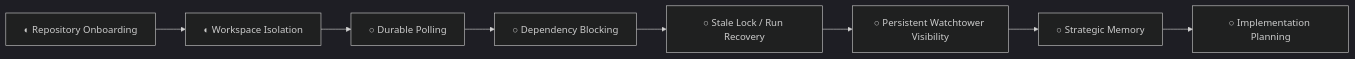
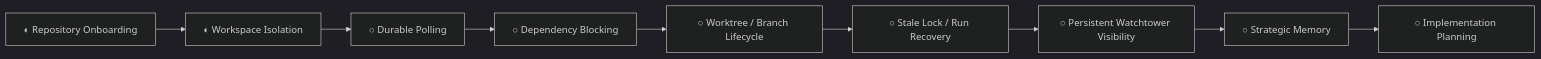
One commit to RedEagleSoftware/the-circus changed the third of 4 diagrams in docs/capability-tree.md. Above: the diagram before and after it, drawn with Mermaid (dark theme). The commit also changed other lines of this file and 6 other files, not shown here.

Commit message:
Document worktree lifecycle roadmap

````diff
--- a/docs/capability-tree.md
+++ b/docs/capability-tree.md
@@ -44,19 +45,21 @@
 ```mermaid
 flowchart LR
     onboarding["◐ Repository Onboarding"]
     workspace["◐ Workspace Isolation"]
     polling["○ Durable Polling"]
     dependency["○ Dependency Blocking"]
+    lifecycle["○ Worktree / Branch Lifecycle"]
     recovery["○ Stale Lock / Run Recovery"]
     visibility["○ Persistent Watchtower Visibility"]
     memory["○ Strategic Memory"]
     planning["○ Implementation Planning"]
 
     onboarding --> workspace
     workspace --> polling
     polling --> dependency
-    dependency --> recovery
+    dependency --> lifecycle
+    lifecycle --> recovery
     recovery --> visibility
     visibility --> memory
     memory --> planning
 ```
````
